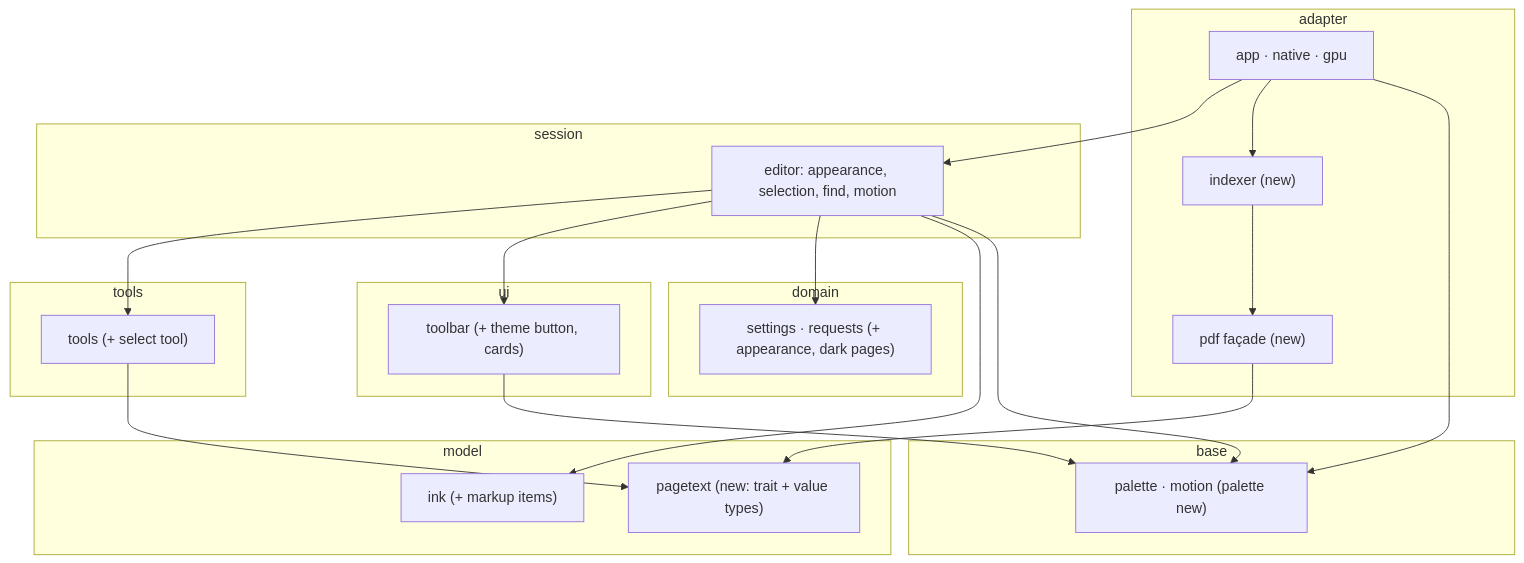
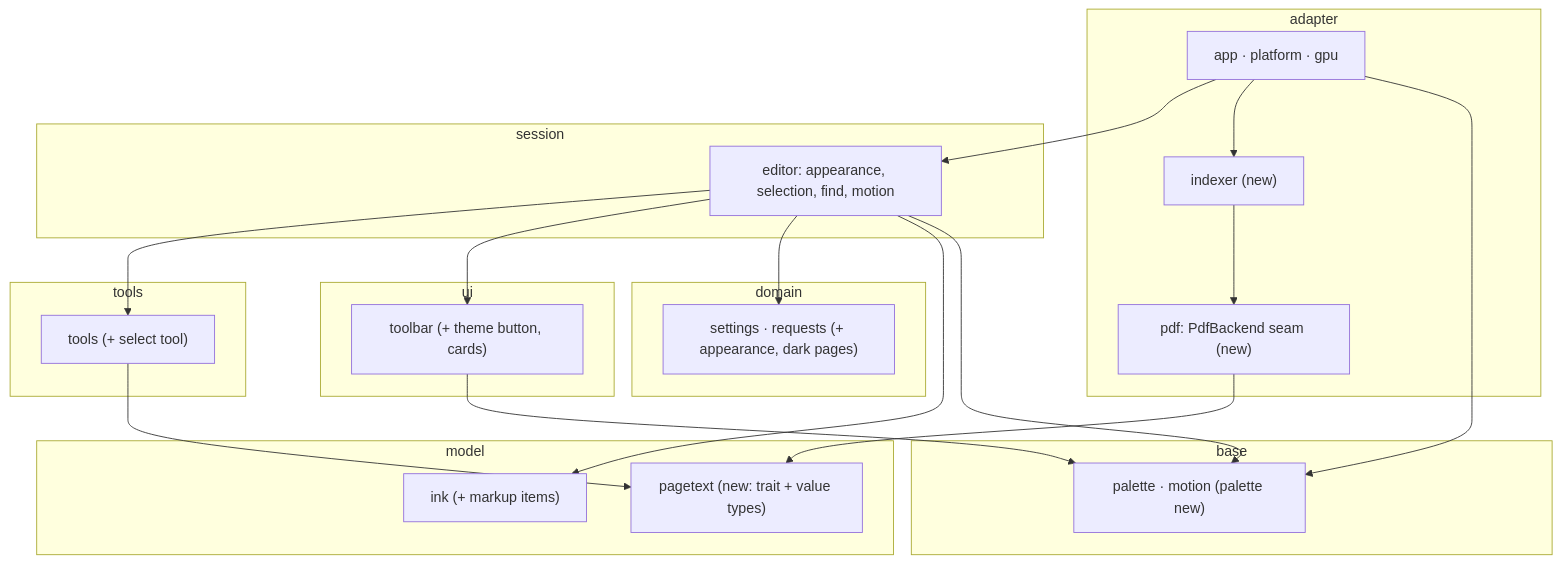
Before and after one commit to rajatmo/inkpdf: the diagram in ROADMAP.md, drawn with Mermaid. The commit also changed other lines of this file and 1 other file, not shown here.

First line of the commit message:
ROADMAP: re-planned with the owner's order (PDF seam and dark theme in parallel, then text), all three platforms, pure Rust

````diff
--- a/ROADMAP.md
+++ b/ROADMAP.md
@@ -95,39 +99,39 @@
 ```mermaid
 flowchart TB
   subgraph adapter
-    app["app · native · gpu"]
+    app["app · platform · gpu"]
     indexer["indexer (new)"]
-    pdf["pdf façade (new)"]
+    pdf["pdf: PdfBackend seam (new)"]
   end
   subgraph session
     editor["editor: appearance, selection, find, motion"]
   end
   subgraph tools_layer["tools"]
     tools["tools (+ select tool)"]
   end
   subgraph ui
     toolbar["toolbar (+ theme button, cards)"]
   end
   subgraph domain
     settings["settings · requests (+ appearance, dark pages)"]
   end
   subgraph model
     ink["ink (+ markup items)"]
     pagetext["pagetext (new: trait + value types)"]
   end
   subgraph base
     palette["palette · motion (palette new)"]
   end
   app --> editor
   app --> indexer
   indexer --> pdf
   pdf --> pagetext
   editor --> tools
   editor --> toolbar
   editor --> settings
   editor --> ink
   tools --> pagetext
   toolbar --> palette
   editor --> palette
   app --> palette
 ```
````
